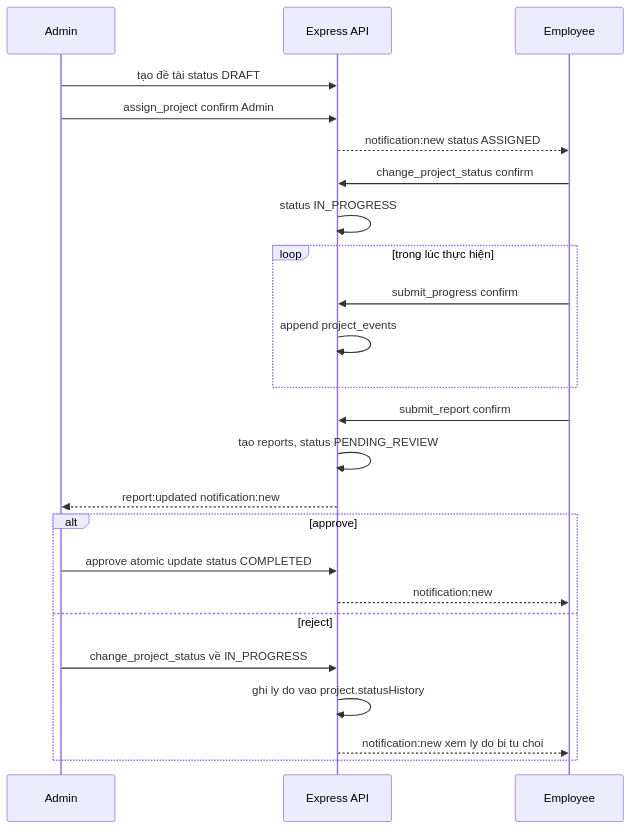
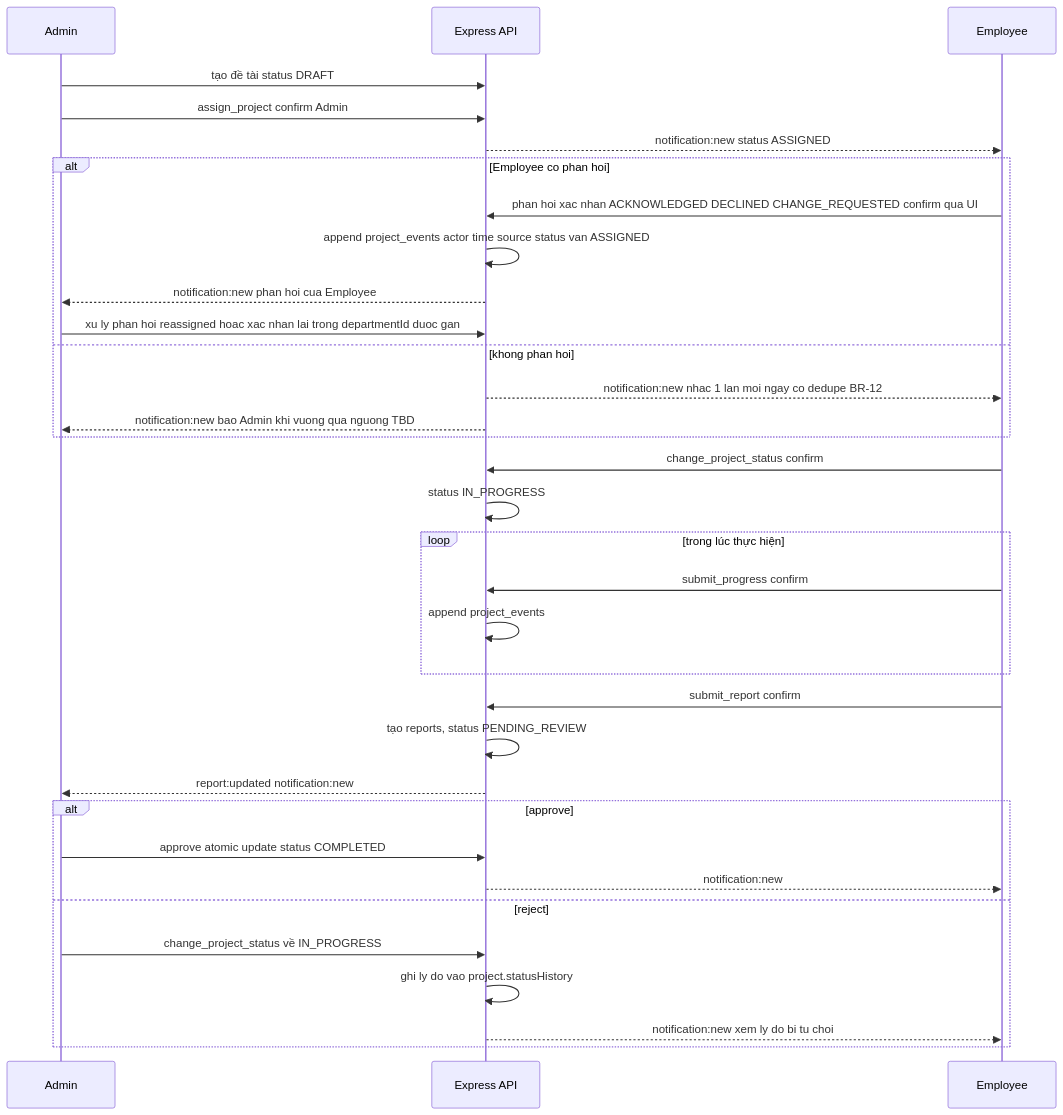
The fifth of 10 diagrams in docs/18-user-flows.md (hoangedu773/hr_blockbot), drawn with Mermaid before and after one commit. The commit also changed other lines of this file and 12 other files, not shown here.

````diff
--- a/docs/18-user-flows.md
+++ b/docs/18-user-flows.md
@@ -306,26 +340,35 @@
 ```mermaid
 sequenceDiagram
   participant Adm as Admin
   participant Sys as Express API
   participant Emp as Employee
   Adm->>Sys: tạo đề tài status DRAFT
   Adm->>Sys: assign_project confirm Admin
   Sys-->>Emp: notification:new status ASSIGNED
+  alt Employee co phan hoi
+    Emp->>Sys: phan hoi xac nhan ACKNOWLEDGED DECLINED CHANGE_REQUESTED confirm qua UI
+    Sys->>Sys: append project_events actor time source status van ASSIGNED
+    Sys-->>Adm: notification:new phan hoi cua Employee
+    Adm->>Sys: xu ly phan hoi reassigned hoac xac nhan lai trong departmentId duoc gan
+  else khong phan hoi
+    Sys-->>Emp: notification:new nhac 1 lan moi ngay co dedupe BR-12
+    Sys-->>Adm: notification:new bao Admin khi vuong qua nguong TBD
+  end
   Emp->>Sys: change_project_status confirm
   Sys->>Sys: status IN_PROGRESS
   loop trong lúc thực hiện
     Emp->>Sys: submit_progress confirm
     Sys->>Sys: append project_events
   end
   Emp->>Sys: submit_report confirm
   Sys->>Sys: tạo reports, status PENDING_REVIEW
   Sys-->>Adm: report:updated notification:new
   alt approve
     Adm->>Sys: approve atomic update status COMPLETED
     Sys-->>Emp: notification:new
   else reject
     Adm->>Sys: change_project_status về IN_PROGRESS
     Sys->>Sys: ghi ly do vao project.statusHistory
     Sys-->>Emp: notification:new xem ly do bi tu choi
   end
 ```
````
